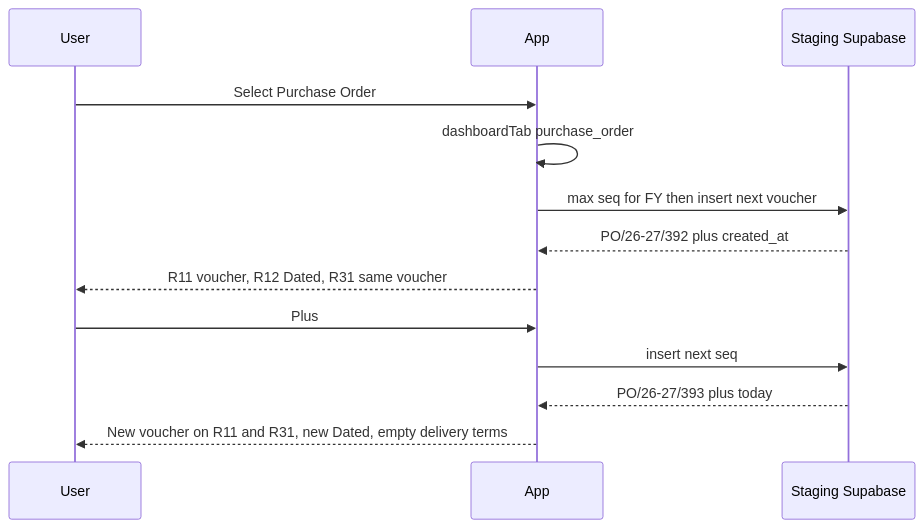
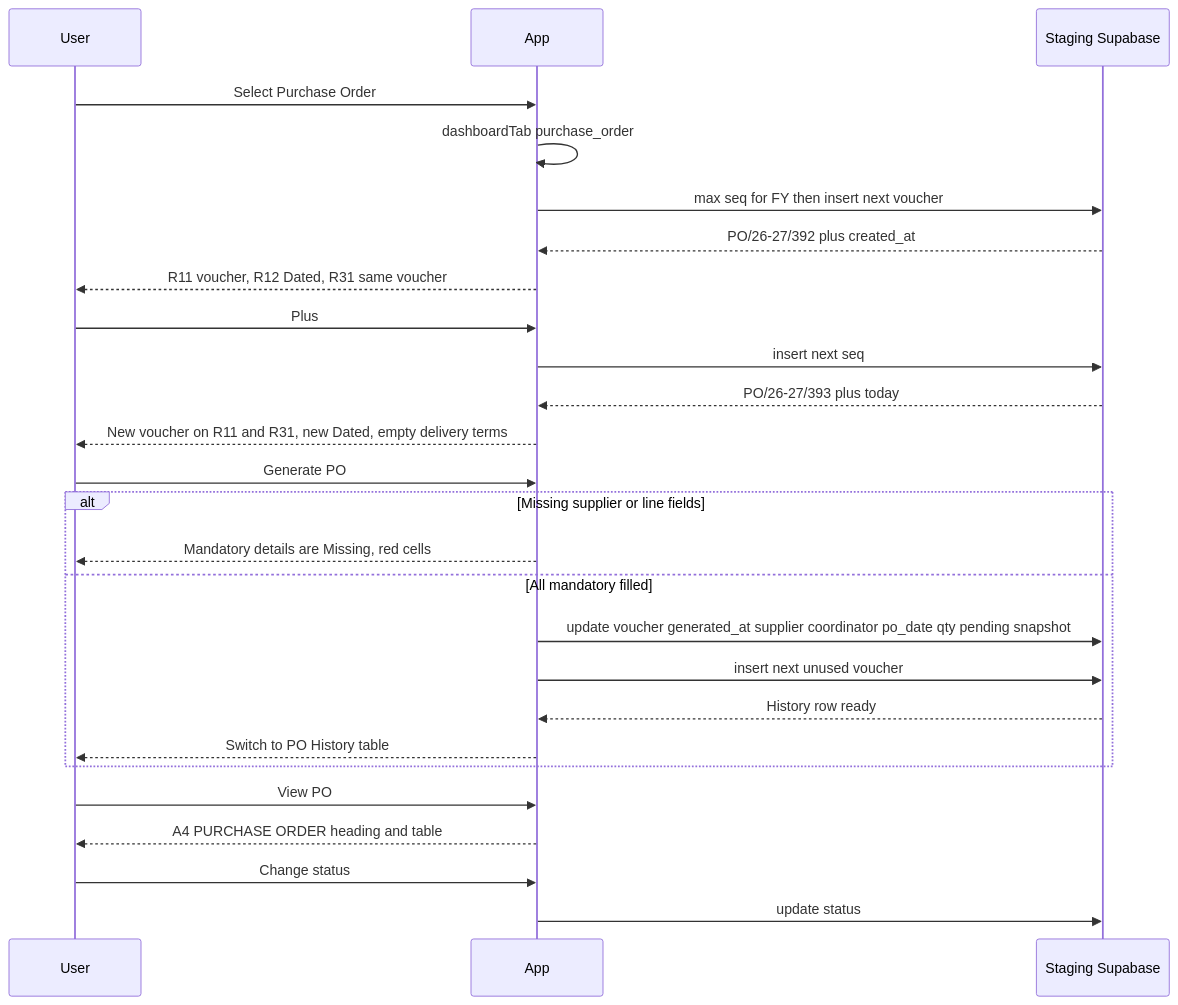
The tenth of 10 diagrams in docs/FLOWCHARTS.md (Mayur8291/Printing-Tracker), drawn with Mermaid before and after one commit. The commit also changed other lines of this file and 19 other files, not shown here.

Commit message:
Save generated purchase orders to History with View PO print and C23.

````diff
--- a/docs/FLOWCHARTS.md
+++ b/docs/FLOWCHARTS.md
@@ -167,15 +204,28 @@
 ```mermaid
 sequenceDiagram
   participant User
   participant App
   participant SB as Staging Supabase
   User->>App: Select Purchase Order
   App->>App: dashboardTab purchase_order
   App->>SB: max seq for FY then insert next voucher
   SB-->>App: PO/26-27/392 plus created_at
   App-->>User: R11 voucher, R12 Dated, R31 same voucher
   User->>App: Plus
   App->>SB: insert next seq
   SB-->>App: PO/26-27/393 plus today
   App-->>User: New voucher on R11 and R31, new Dated, empty delivery terms
+  User->>App: Generate PO
+  alt Missing supplier or line fields
+    App-->>User: Mandatory details are Missing, red cells
+  else All mandatory filled
+    App->>SB: update voucher generated_at supplier coordinator po_date qty pending snapshot
+    App->>SB: insert next unused voucher
+    SB-->>App: History row ready
+    App-->>User: Switch to PO History table
+  end
+  User->>App: View PO
+  App-->>User: A4 PURCHASE ORDER heading and table
+  User->>App: Change status
+  App->>SB: update status
 ```
````
